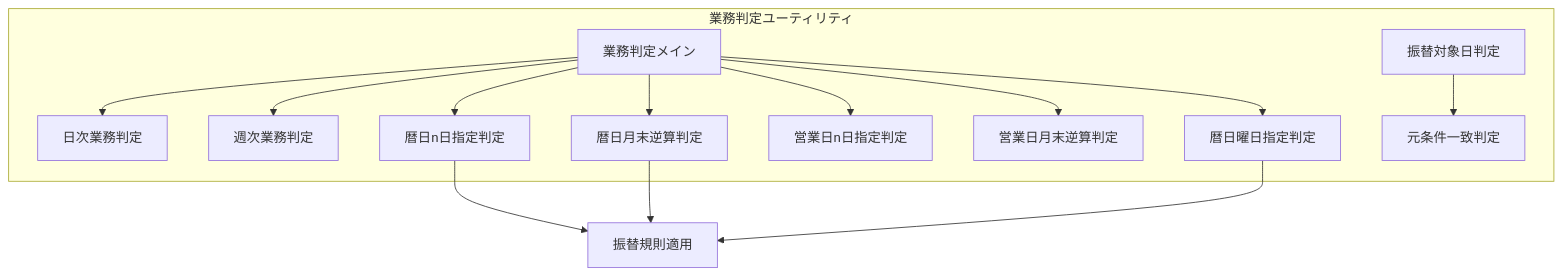
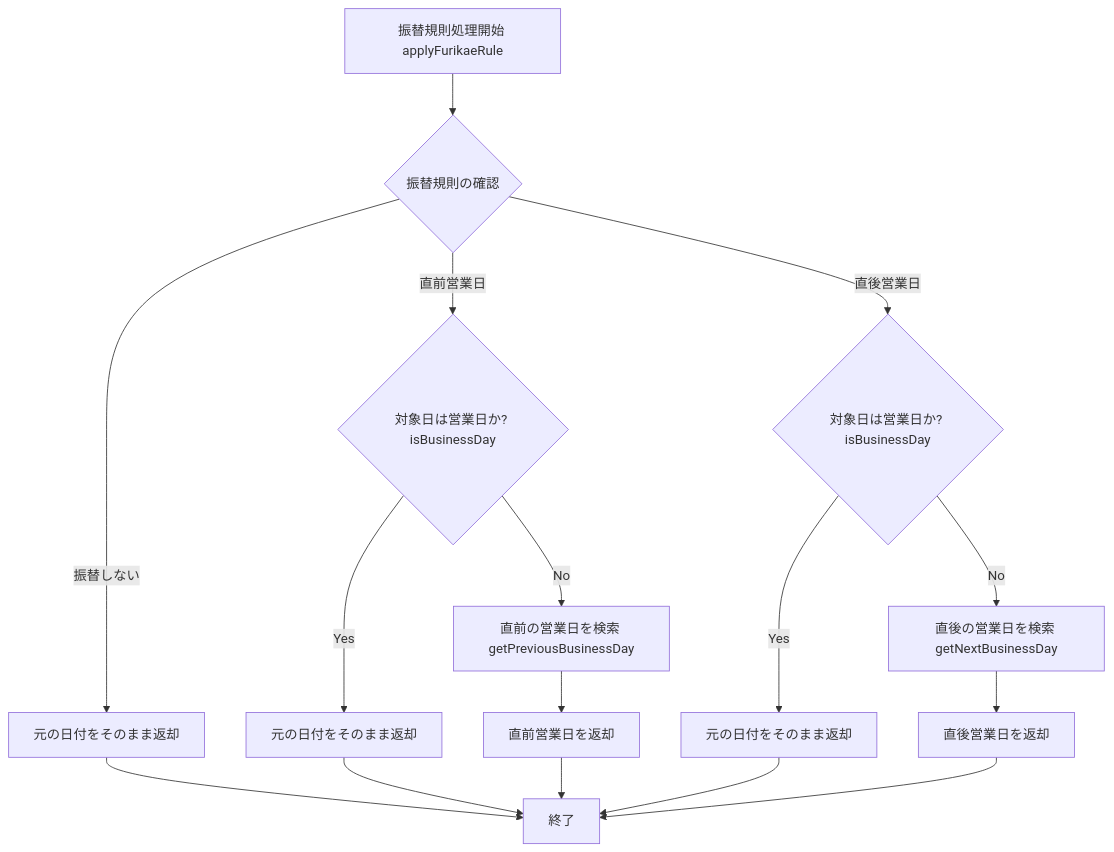
The sixth of 20 diagrams in README.md (mkuwan/TaskManaging), drawn with Mermaid before and after one commit. The commit also changed other lines of this file and 10 other files, not shown here.

````diff
--- a/README.md
+++ b/README.md
@@ -707,28 +379,20 @@
 ```mermaid
 flowchart TD
-    subgraph TaskJudgementUtils[業務判定ユーティリティ]
-        isTargetTask[業務判定メイン]
-        isDailyTask[日次業務判定]
-        isWeeklyTask[週次業務判定]
-        isCalendarDayNthTask[暦日n日指定判定]
-        isCalendarDayEndOfMonthTask[暦日月末逆算判定]
-        isBusinessDayNthTask[営業日n日指定判定]
-        isBusinessDayEndOfMonthTask[営業日月末逆算判定]
-        isCalendarDayWeekDayTask[暦日曜日指定判定]
-        isTargetDateForFurikae[振替対象日判定]
-        isMatchingOriginalCondition[元条件一致判定]
-    end
+    A[振替規則処理開始 applyFurikaeRule] --> B{振替規則の確認}
+    B -- 振替しない --> C[元の日付をそのまま返却]
+    B -- 直前営業日 --> D{対象日は営業日か? isBusinessDay}
+    D -- Yes --> E[元の日付をそのまま返却]
+    D -- No --> F[直前の営業日を検索 getPreviousBusinessDay]
+    F --> G[直前営業日を返却]
     
-    isTargetTask --> isDailyTask
-    isTargetTask --> isWeeklyTask
-    isTargetTask --> isCalendarDayNthTask
-    isTargetTask --> isCalendarDayEndOfMonthTask
-    isTargetTask --> isBusinessDayNthTask
-    isTargetTask --> isBusinessDayEndOfMonthTask
-    isTargetTask --> isCalendarDayWeekDayTask
+    B -- 直後営業日 --> H{対象日は営業日か? isBusinessDay}
+    H -- Yes --> I[元の日付をそのまま返却]
+    H -- No --> J[直後の営業日を検索 getNextBusinessDay]
+    J --> K[直後営業日を返却]
     
-    isTargetDateForFurikae --> isMatchingOriginalCondition
-    isCalendarDayNthTask --> applyFurikaeRule[振替規則適用]
-    isCalendarDayEndOfMonthTask --> applyFurikaeRule
-    isCalendarDayWeekDayTask --> applyFurikaeRule
+    C --> L[終了]
+    E --> L
+    G --> L
+    I --> L
+    K --> L
 ```
````
